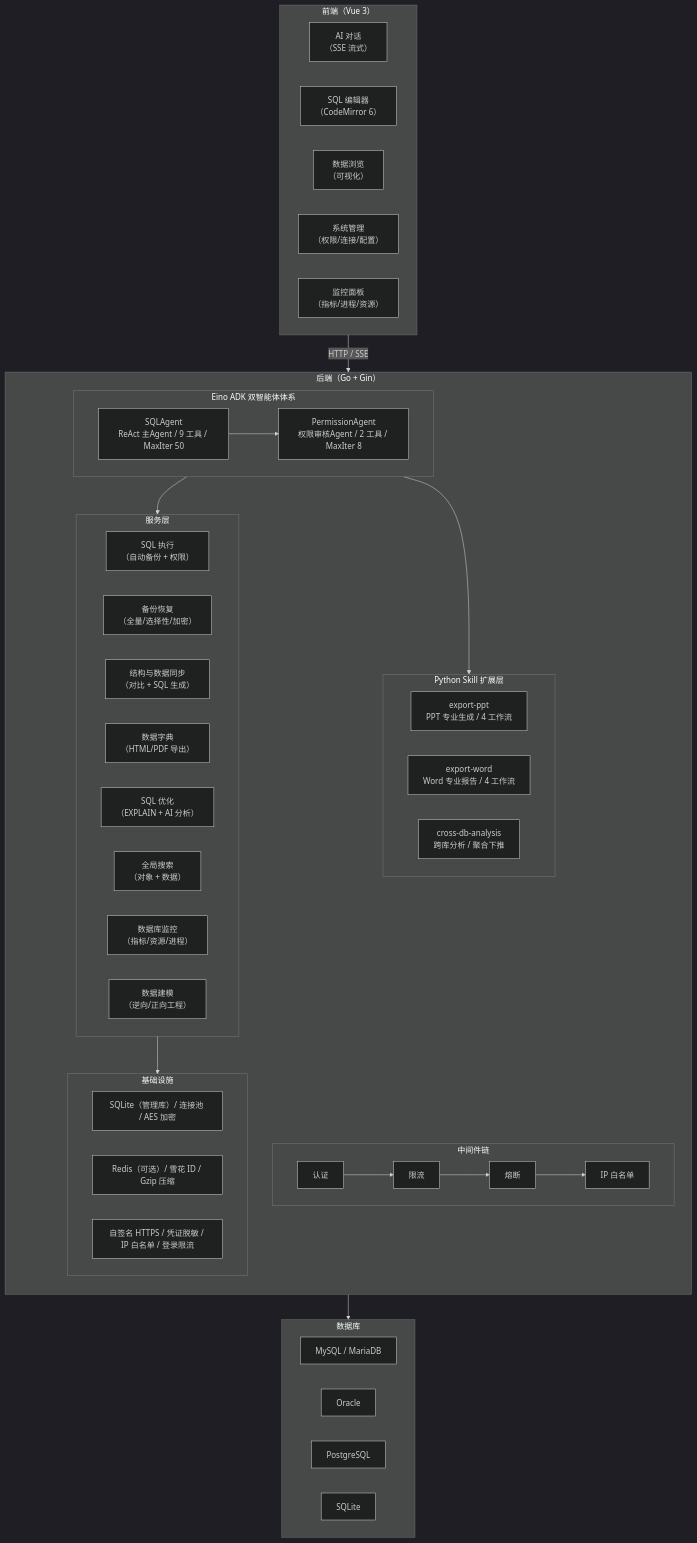
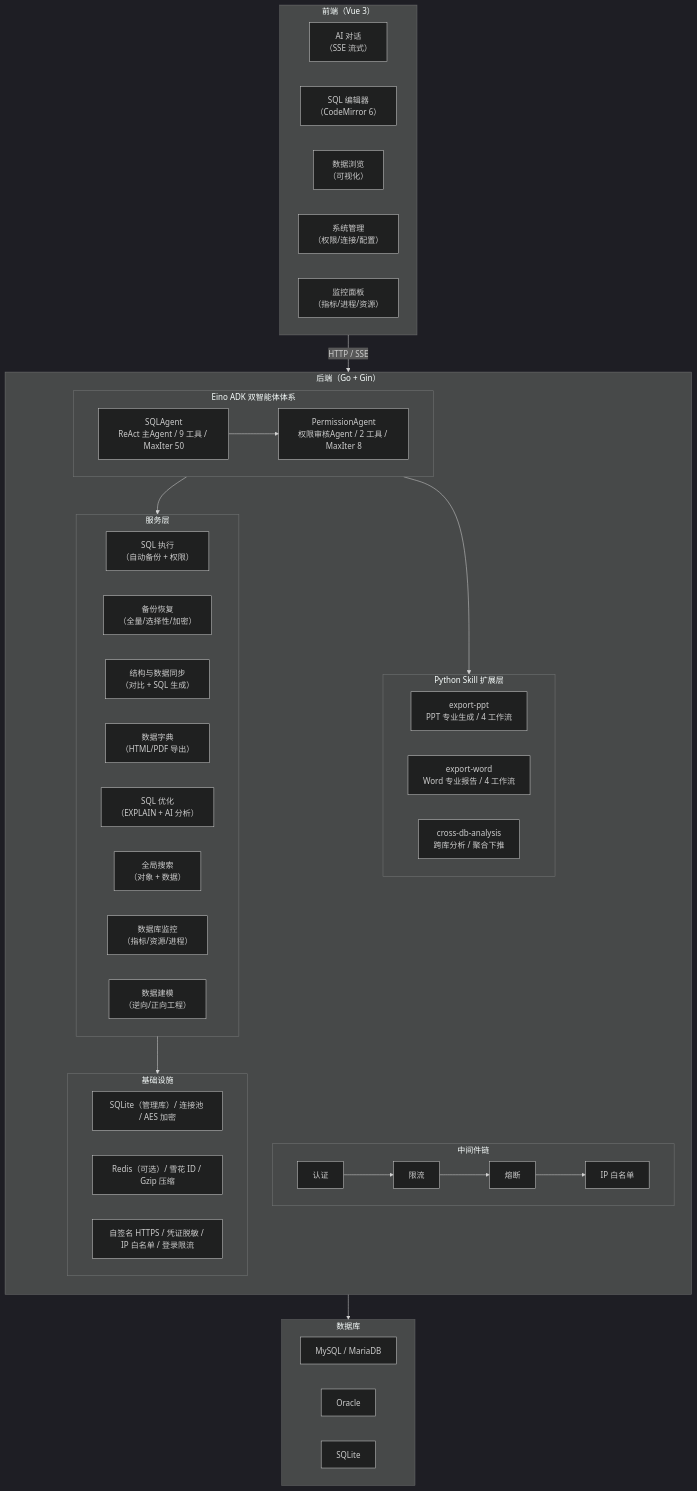
The sixth of 6 diagrams in README.md (zdtjss/websql), drawn with Mermaid (dark theme) before and after one commit. The commit also changed other lines of this file, not shown here.

````diff
--- a/README.md
+++ b/README.md
@@ -358,66 +410,65 @@
 ```mermaid
 flowchart TB
     subgraph Frontend["前端（Vue 3）"]
         direction LR
         F1["AI 对话<br/>（SSE 流式）"]
         F2["SQL 编辑器<br/>（CodeMirror 6）"]
         F3["数据浏览<br/>（可视化）"]
         F4["系统管理<br/>（权限/连接/配置）"]
         F5["监控面板<br/>（指标/进程/资源）"]
     end
 
     Frontend -->|"HTTP / SSE"| Backend
 
     subgraph Backend["后端（Go + Gin）"]
         direction TB
         subgraph MiddlewareLayer["中间件链"]
             direction LR
             MW1["认证"]
             MW2["限流"]
             MW3["熔断"]
             MW4["IP 白名单"]
             MW1 --> MW2 --> MW3 --> MW4
         end
         subgraph Agent["Eino ADK 双智能体体系"]
             direction LR
             A1["SQLAgent<br/>ReAct 主Agent / 9 工具 / MaxIter 50"]
             A2["PermissionAgent<br/>权限审核Agent / 2 工具 / MaxIter 8"]
             A1 --> A2
         end
         subgraph Skills["Python Skill 扩展层"]
             S1["export-ppt<br/>PPT 专业生成 / 4 工作流"]
             S2["export-word<br/>Word 专业报告 / 4 工作流"]
             S3["cross-db-analysis<br/>跨库分析 / 聚合下推"]
         end
         subgraph Services["服务层"]
             direction LR
             SV1["SQL 执行<br/>（自动备份 + 权限）"]
             SV2["备份恢复<br/>（全量/选择性/加密）"]
             SV3["结构与数据同步<br/>（对比 + SQL 生成）"]
             SV4["数据字典<br/>（HTML/PDF 导出）"]
             SV5["SQL 优化<br/>（EXPLAIN + AI 分析）"]
             SV6["全局搜索<br/>（对象 + 数据）"]
             SV7["数据库监控<br/>（指标/资源/进程）"]
             SV8["数据建模<br/>（逆向/正向工程）"]
         end
         subgraph Infra["基础设施"]
             direction LR
             I1["SQLite（管理库）/ 连接池 / AES 加密"]
             I2["Redis（可选）/ 雪花 ID / Gzip 压缩"]
             I3["自签名 HTTPS / 凭证脱敏 / IP 白名单 / 登录限流"]
         end
         Agent --> Services
         Agent --> Skills
         Services --> Infra
     end
 
     Backend --> DB
 
     subgraph DB["数据库"]
         direction LR
         DB1["MySQL / MariaDB"]
         DB2["Oracle"]
-        DB3["PostgreSQL"]
-        DB4["SQLite"]
+        DB3["SQLite"]
     end
 ```
````
